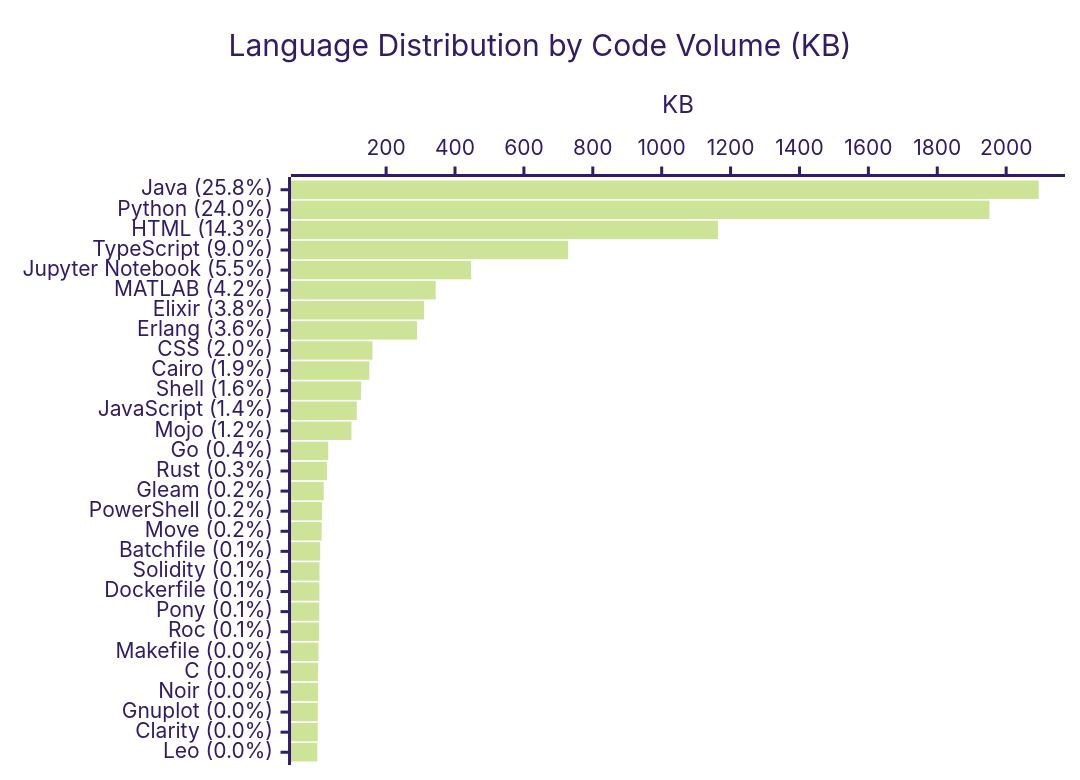
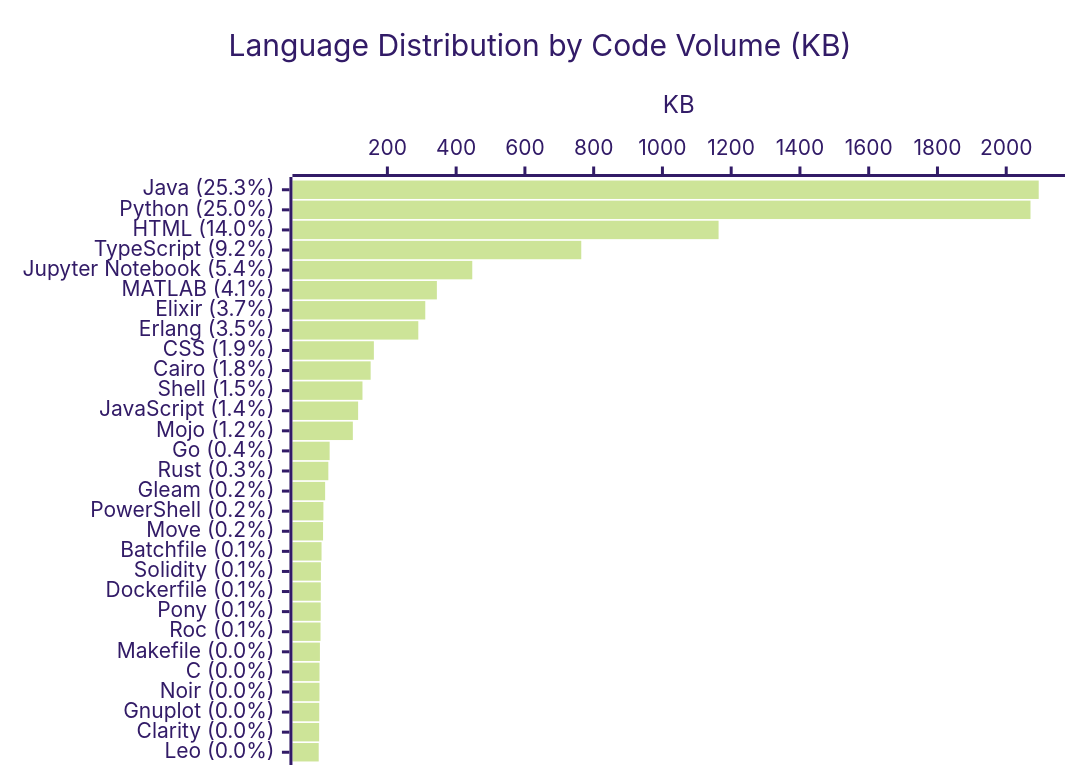
The diagram in profile/README.md (KathiraveluLab/.github), drawn with Mermaid (forest theme) before and after one commit. The commit also changed other lines of this file and 1 other file, not shown here.

````diff
--- a/profile/README.md
+++ b/profile/README.md
@@ -67,7 +67,7 @@
 ```mermaid
 xychart-beta horizontal
     title "Language Distribution by Code Volume (KB)"
-    x-axis ["Java (25.8%)", "Python (24.0%)", "HTML (14.3%)", "TypeScript (9.0%)", "Jupyter Notebook (5.5%)", "MATLAB (4.2%)", "Elixir (3.8%)", "Erlang (3.6%)", "CSS (2.0%)", "Cairo (1.9%)", "Shell (1.6%)", "JavaScript (1.4%)", "Mojo (1.2%)", "Go (0.4%)", "Rust (0.3%)", "Gleam (0.2%)", "PowerShell (0.2%)", "Move (0.2%)", "Batchfile (0.1%)", "Solidity (0.1%)", "Dockerfile (0.1%)", "Pony (0.1%)", "Roc (0.1%)", "Makefile (0.0%)", "C (0.0%)", "Noir (0.0%)", "Gnuplot (0.0%)", "Clarity (0.0%)", "Leo (0.0%)"]
+    x-axis ["Java (25.3%)", "Python (25.0%)", "HTML (14.0%)", "TypeScript (9.2%)", "Jupyter Notebook (5.4%)", "MATLAB (4.1%)", "Elixir (3.7%)", "Erlang (3.5%)", "CSS (1.9%)", "Cairo (1.8%)", "Shell (1.5%)", "JavaScript (1.4%)", "Mojo (1.2%)", "Go (0.4%)", "Rust (0.3%)", "Gleam (0.2%)", "PowerShell (0.2%)", "Move (0.2%)", "Batchfile (0.1%)", "Solidity (0.1%)", "Dockerfile (0.1%)", "Pony (0.1%)", "Roc (0.1%)", "Makefile (0.0%)", "C (0.0%)", "Noir (0.0%)", "Gnuplot (0.0%)", "Clarity (0.0%)", "Leo (0.0%)"]
     y-axis "KB"
-    bar [2094.5, 1951.49, 1163.33, 728.35, 446.91, 343.93, 310.2, 289.93, 160.38, 151.31, 127.55, 114.88, 99.52, 32.03, 28.25, 18.9, 13.91, 12.89, 8.48, 6.65, 6.34, 6.01, 5.51, 3.74, 2.58, 2.46, 1.82, 1.53, 0.26]
+    bar [2094.5, 2070.57, 1163.33, 763.92, 446.91, 343.93, 310.2, 289.93, 160.67, 151.31, 127.55, 114.88, 99.52, 32.03, 28.25, 18.9, 13.91, 12.89, 8.48, 6.65, 6.34, 6.01, 5.51, 3.74, 2.58, 2.46, 1.82, 1.53, 0.26]
 ```
````
